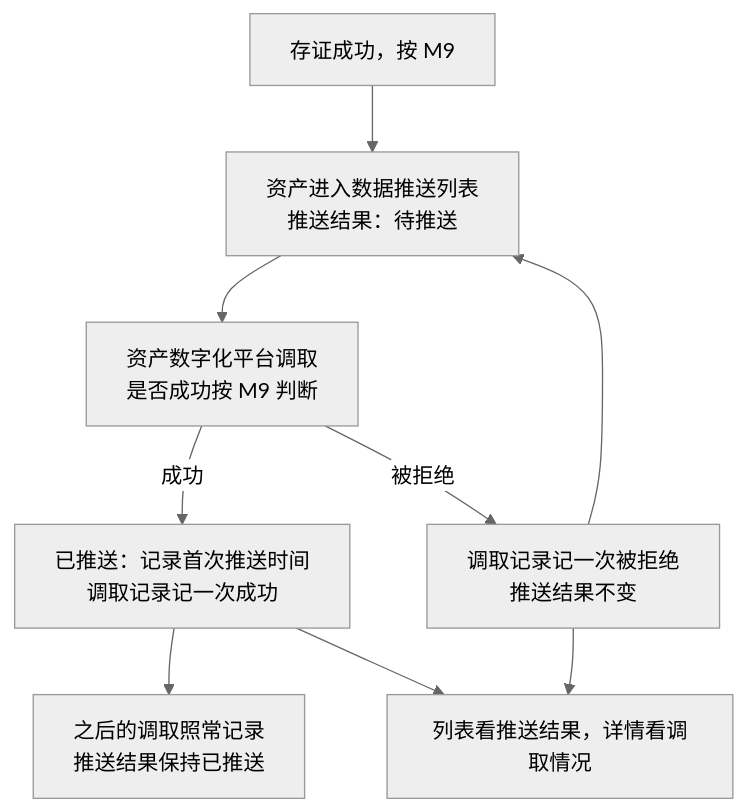
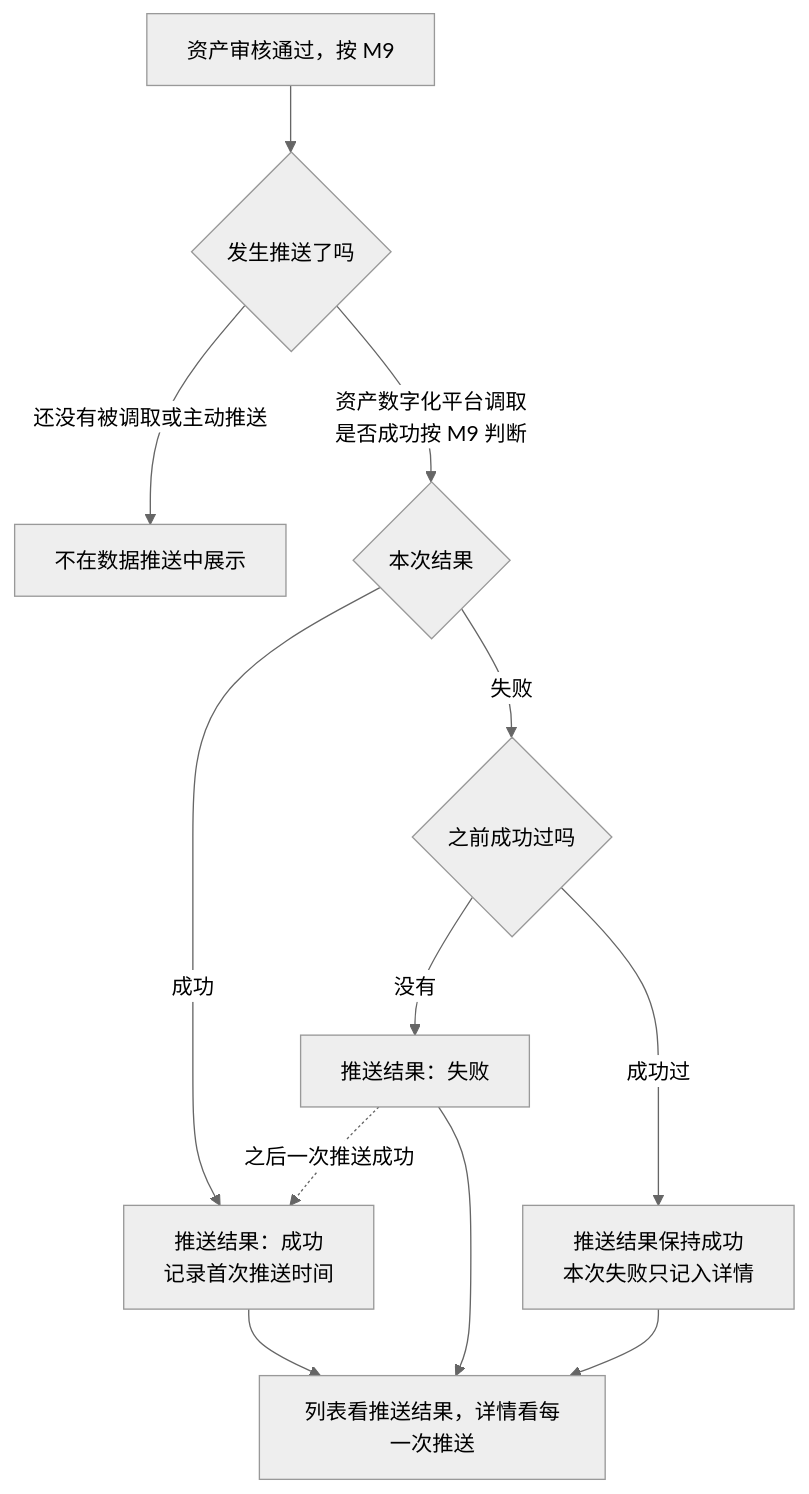
Before and after one commit to wxblockchain/Chain-Financing: the second of 4 diagrams in asset-trust-platform/PRD/运营端/M15-数据监控/02-数据监控-流程图与状态机.md, drawn with Mermaid (neutral theme). The commit also changed other lines of this file and 3 other files, not shown here.

````diff
--- a/asset-trust-platform/PRD/运营端/M15-数据监控/02-数据监控-流程图与状态机.md
+++ b/asset-trust-platform/PRD/运营端/M15-数据监控/02-数据监控-流程图与状态机.md
@@ -37,11 +37,14 @@
 ```mermaid
 flowchart TD
-    A[存证成功，按 M9] --> B[资产进入数据推送列表<br/>推送结果：待推送]
-    B --> Q[资产数字化平台调取<br/>是否成功按 M9 判断]
-    Q -->|成功| S[已推送：记录首次推送时间<br/>调取记录记一次成功]
-    Q -->|被拒绝| N[调取记录记一次被拒绝<br/>推送结果不变]
-    N --> B
-    S --> R[之后的调取照常记录<br/>推送结果保持已推送]
-    S --> L[列表看推送结果，详情看调取情况]
+    A[资产审核通过，按 M9] --> B{发生推送了吗}
+    B -->|还没有被调取或主动推送| X[不在数据推送中展示]
+    B -->|资产数字化平台调取<br/>是否成功按 M9 判断| Q{本次结果}
+    Q -->|成功| S[推送结果：成功<br/>记录首次推送时间]
+    Q -->|失败| F{之前成功过吗}
+    F -->|没有| N[推送结果：失败]
+    F -->|成功过| S2[推送结果保持成功<br/>本次失败只记入详情]
+    N -.->|之后一次推送成功| S
+    S --> L[列表看推送结果，详情看每一次推送]
+    S2 --> L
     N --> L
 ```
````
